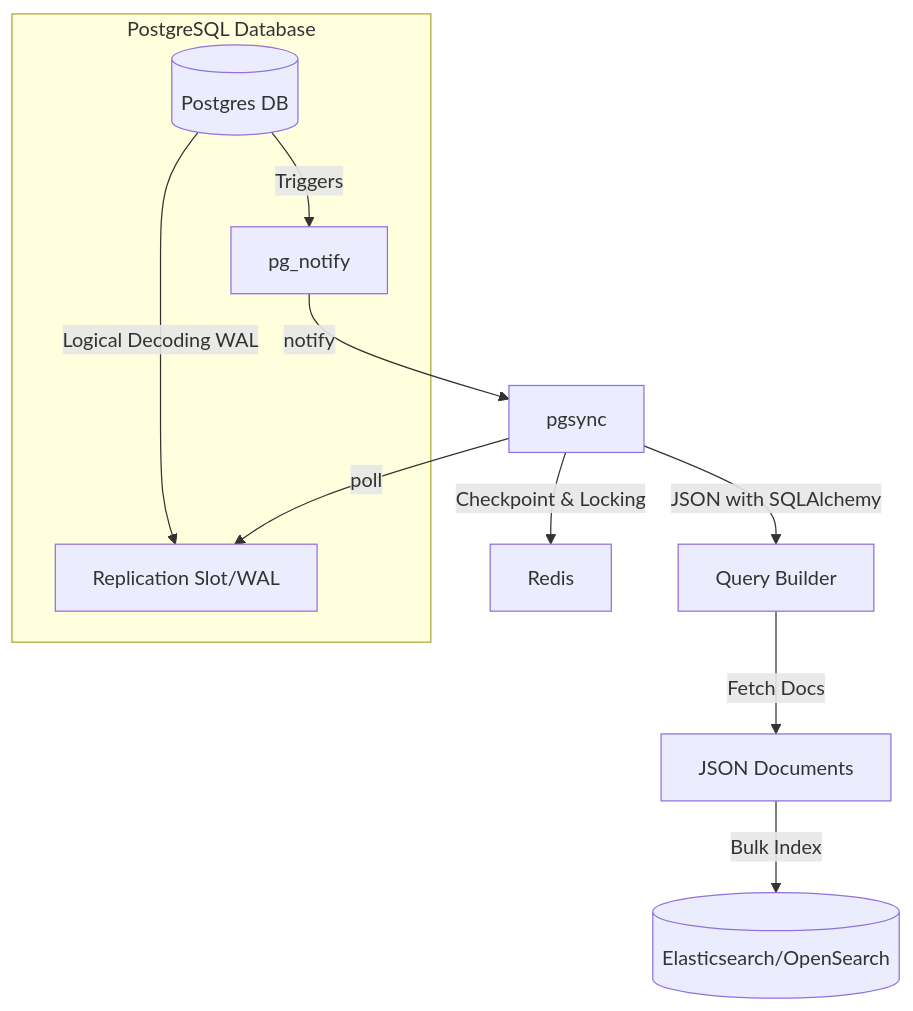
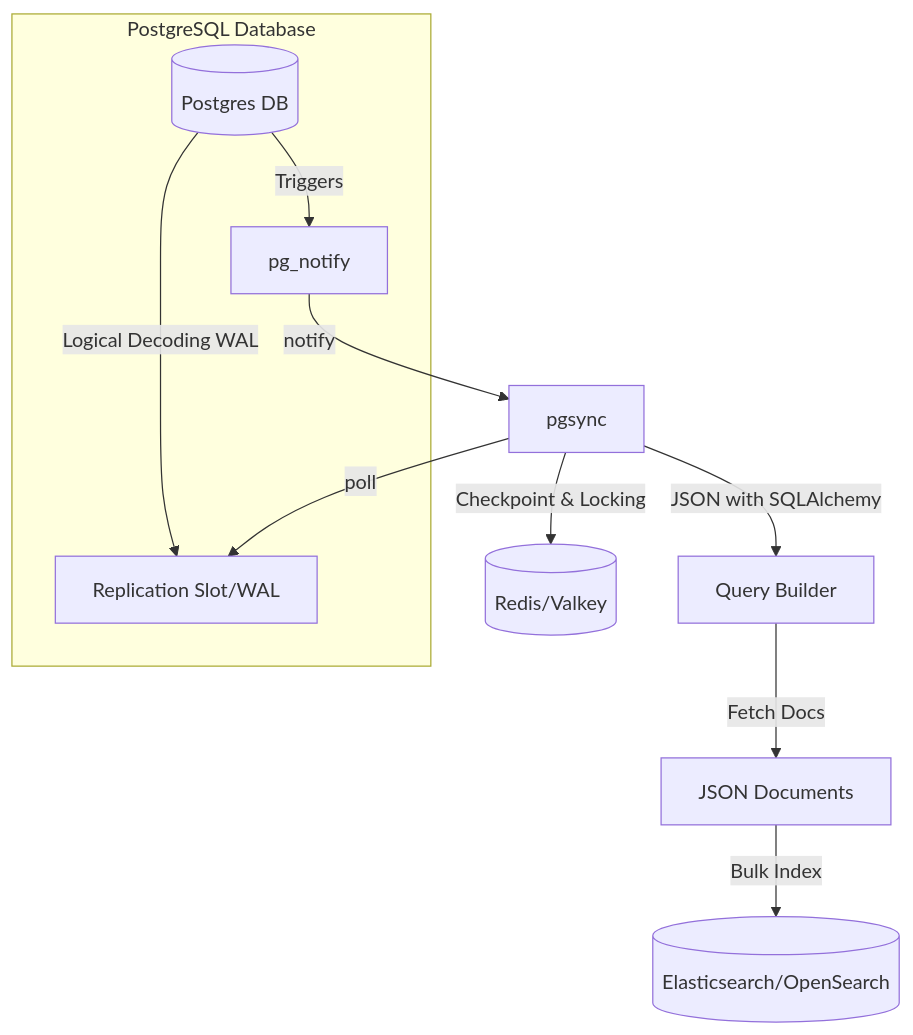
Before and after one commit to toluaina/pgsync: the diagram in ARCHITECTURE.md, drawn with Mermaid. The commit also changed other lines of this file and 10 other files, not shown here.

Commit message:
Update docs to include support for Redis and Valkey

````diff
--- a/ARCHITECTURE.md
+++ b/ARCHITECTURE.md
@@ -15,17 +15,17 @@
 ```mermaid
 graph TD
 subgraph "PostgreSQL Database"
 PG[(Postgres DB)]
 PG -->|Logical Decoding WAL|WAL[Replication Slot/WAL]
 PG -->|Triggers| TG[pg_notify]
 end
 
 SP[pgsync] -->| poll | WAL
 TG --> | notify | SP
 
 SP -->|JSON with SQLAlchemy | QB[Query Builder]
 QB -->|Fetch Docs| DOC[JSON Documents]
 
 DOC -->|Bulk Index| ES[(Elasticsearch/OpenSearch)]
-SP -->|Checkpoint & Locking| REDIS[Redis]
+SP -->|Checkpoint & Locking| REDIS[(Redis/Valkey)]
 ```
````
